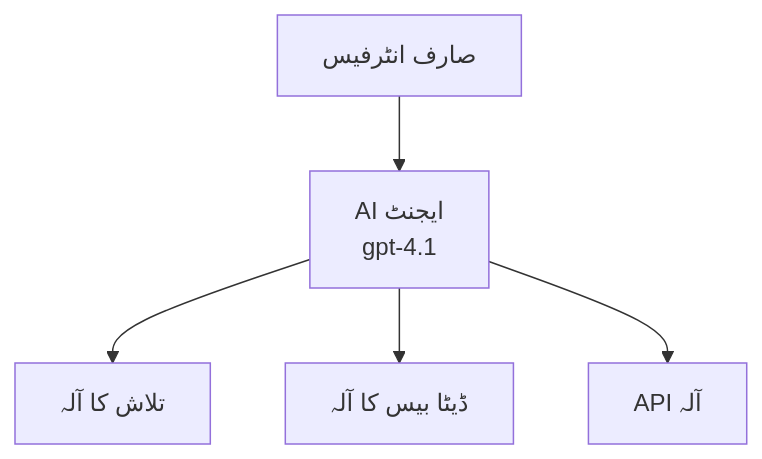
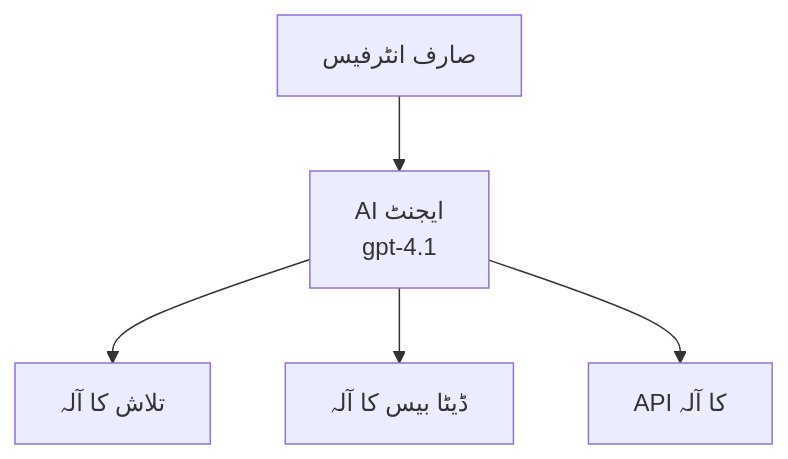
Before and after one commit to microsoft/AZD-for-beginners: the first of 3 diagrams in translations/ur/docs/chapter-02-ai-development/agents.md, drawn with Mermaid. The commit also changed other lines of this file and 60 other files, not shown here.

````diff
--- a/translations/ur/docs/chapter-02-ai-development/agents.md
+++ b/translations/ur/docs/chapter-02-ai-development/agents.md
@@ -162,7 +162,7 @@
 ```mermaid
 graph TD
     UI[صارف انٹرفیس] --> Agent[AI ایجنٹ<br/>gpt-4.1]
     Agent --> Search[تلاش کا آلہ]
     Agent --> Database[ڈیٹا بیس کا آلہ]
-    Agent --> API[API آلہ]
+    Agent --> API[API کا آلہ]
 ```
````
